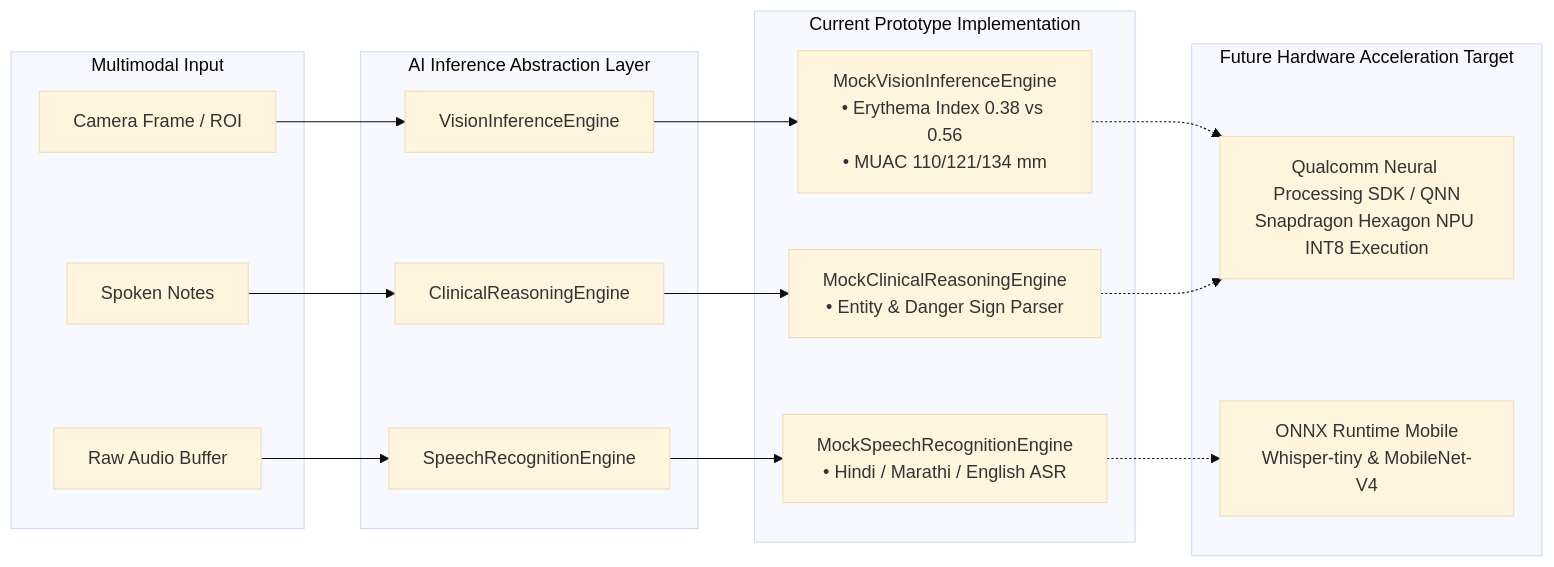
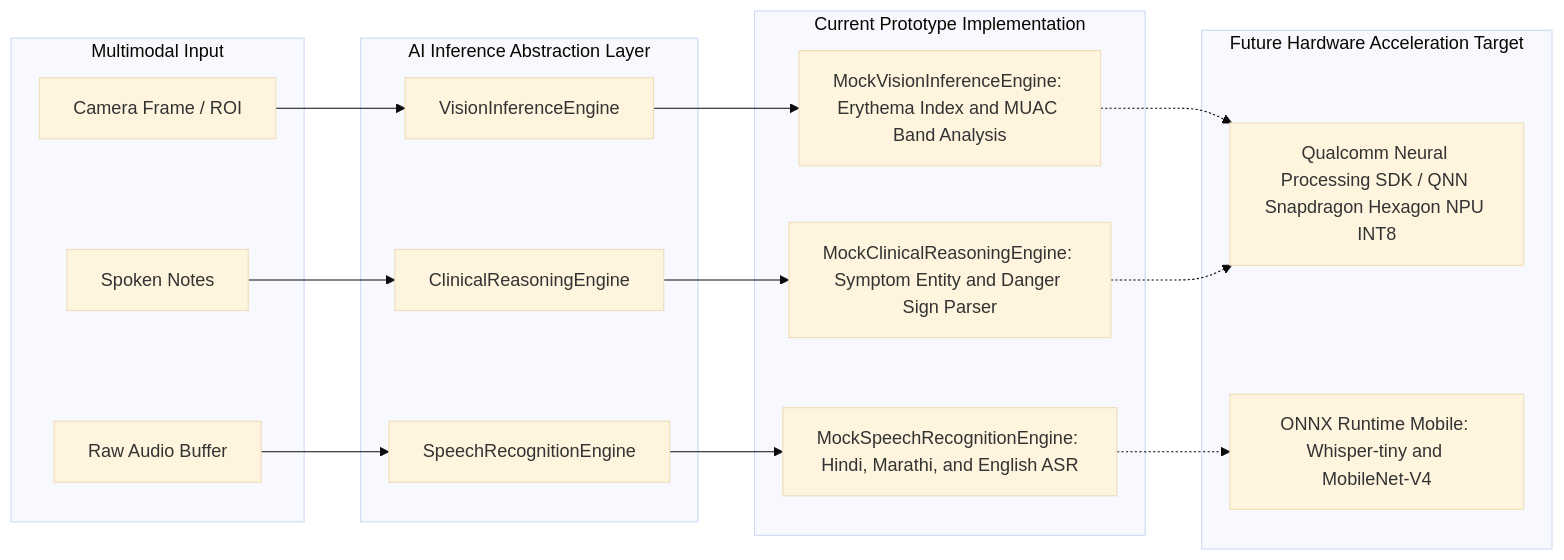
Before and after one commit to SarthakNC/Nidan-AI---IQOO-INDIA-HACKATHON-IDEA-SUBMISSION: the third of 4 diagrams in README.md, drawn with Mermaid (base theme). The commit also changed other lines of this file, not shown here.

Commit message:
docs: refine mermaid architecture diagram in README

````diff
--- a/README.md
+++ b/README.md
@@ -230,33 +230,38 @@
 ```mermaid
 flowchart LR
     subgraph Input ["Multimodal Input"]
-        Cam[Camera Frame / ROI]
-        Mic[Raw Audio Buffer]
-        Text[Spoken Notes]
+        Cam["Camera Frame / ROI"]
+        Mic["Raw Audio Buffer"]
+        Text["Spoken Notes"]
     end
 
     subgraph Abstraction ["AI Inference Abstraction Layer"]
-        VIE[VisionInferenceEngine]
-        SRE[SpeechRecognitionEngine]
-        CRE[ClinicalReasoningEngine]
+        VIE["VisionInferenceEngine"]
+        SRE["SpeechRecognitionEngine"]
+        CRE["ClinicalReasoningEngine"]
     end
 
     subgraph Engine ["Current Prototype Implementation"]
-        MVIE[MockVisionInferenceEngine<br/>• Erythema Index 0.38 vs 0.56<br/>• MUAC 110/121/134 mm]
-        MSRE[MockSpeechRecognitionEngine<br/>• Hindi / Marathi / English ASR]
-        MCRE[MockClinicalReasoningEngine<br/>• Entity & Danger Sign Parser]
+        MVIE["MockVisionInferenceEngine: Erythema Index and MUAC Band Analysis"]
+        MSRE["MockSpeechRecognitionEngine: Hindi, Marathi, and English ASR"]
+        MCRE["MockClinicalReasoningEngine: Symptom Entity and Danger Sign Parser"]
     end
 
     subgraph Target ["Future Hardware Acceleration Target"]
-        QNN[Qualcomm Neural Processing SDK / QNN<br/>Snapdragon Hexagon NPU INT8 Execution]
-        ONNX[ONNX Runtime Mobile<br/>Whisper-tiny & MobileNet-V4]
+        QNN["Qualcomm Neural Processing SDK / QNN Snapdragon Hexagon NPU INT8"]
+        ONNX["ONNX Runtime Mobile: Whisper-tiny and MobileNet-V4"]
     end
 
     Cam --> VIE
     Mic --> SRE
     Text --> CRE
 
-    VIE --> MVIE -.-> QNN
-    SRE --> MSRE -.-> ONNX
-    CRE --> MCRE -.-> QNN
+    VIE --> MVIE
+    MVIE -.-> QNN
+
+    SRE --> MSRE
+    MSRE -.-> ONNX
+
+    CRE --> MCRE
+    MCRE -.-> QNN
 ```
````
